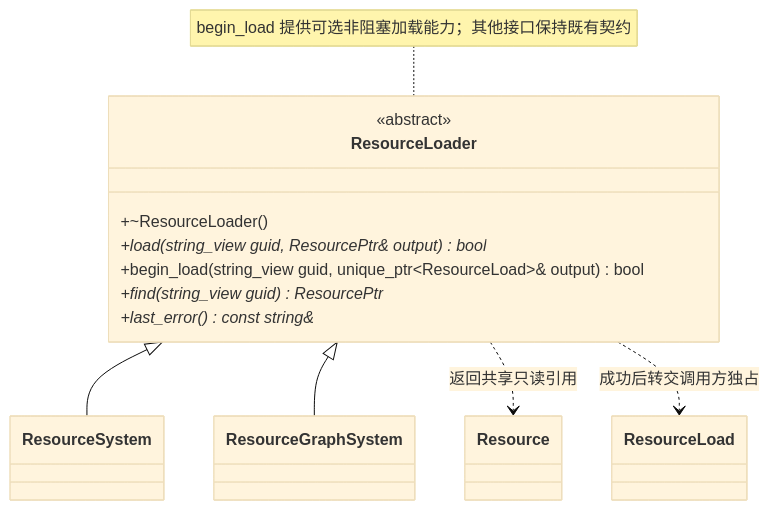
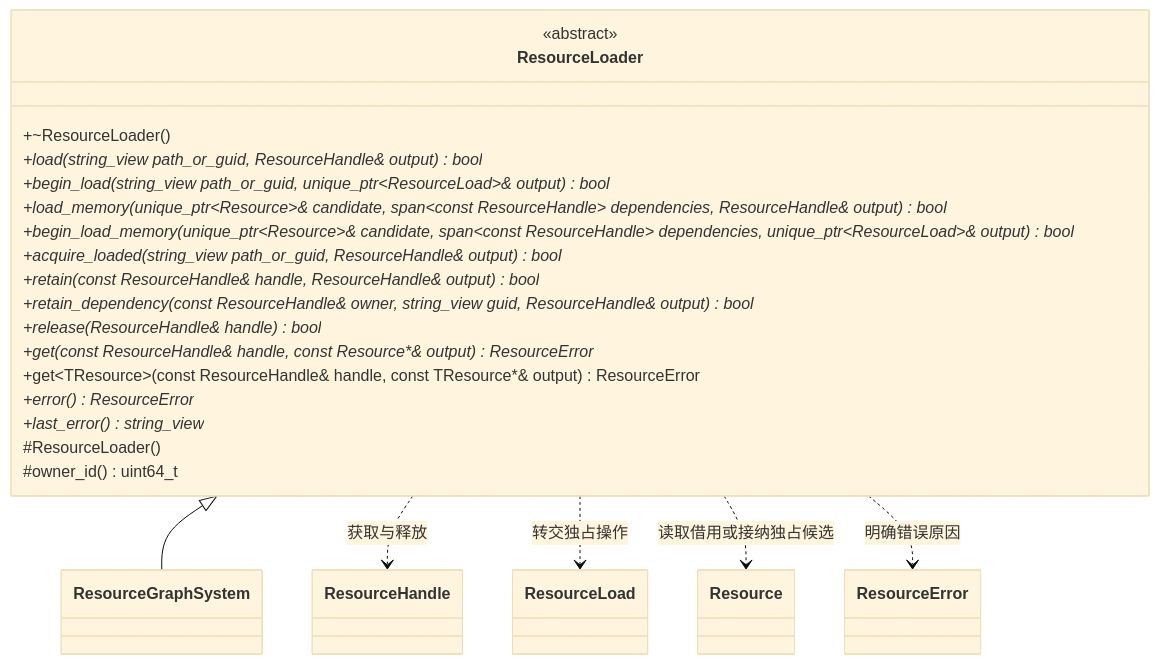
Before and after one commit to lcals/Engine: the first of 4 diagrams in docs/runtime/class-diagrams/resource-loader.md, drawn with Mermaid (base theme). The commit also changed other lines of this file and 391 other files, not shown here.

````diff
--- a/docs/runtime/class-diagrams/resource-loader.md
+++ b/docs/runtime/class-diagrams/resource-loader.md
@@ -5,20 +9,31 @@
 ```mermaid
 classDiagram
     class ResourceLoader {
         <<abstract>>
         +~ResourceLoader()
-        +load(string_view guid, ResourcePtr& output) bool*
-        +begin_load(string_view guid, unique_ptr~ResourceLoad~& output) bool
-        +find(string_view guid) ResourcePtr*
-        +last_error() const string&*
+        +load(string_view path_or_guid, ResourceHandle& output) bool*
+        +begin_load(string_view path_or_guid, unique_ptr~ResourceLoad~& output) bool*
+        +load_memory(unique_ptr~Resource~& candidate, span~const ResourceHandle~ dependencies, ResourceHandle& output) bool*
+        +begin_load_memory(unique_ptr~Resource~& candidate, span~const ResourceHandle~ dependencies, unique_ptr~ResourceLoad~& output) bool*
+        +acquire_loaded(string_view path_or_guid, ResourceHandle& output) bool*
+        +retain(const ResourceHandle& handle, ResourceHandle& output) bool*
+        +retain_dependency(const ResourceHandle& owner, string_view guid, ResourceHandle& output) bool*
+        +release(ResourceHandle& handle) bool*
+        +get(const ResourceHandle& handle, const Resource*& output) ResourceError*
+        +get~TResource~(const ResourceHandle& handle, const TResource*& output) ResourceError
+        +error() ResourceError*
+        +last_error() string_view*
+        #ResourceLoader()
+        #owner_id() uint64_t
     }
-    class ResourceSystem
     class ResourceGraphSystem
+    class ResourceHandle
+    class ResourceLoad
     class Resource
-    class ResourceLoad
-    ResourceLoader <|-- ResourceSystem
+    class ResourceError
     ResourceLoader <|-- ResourceGraphSystem
-    ResourceLoader ..> Resource : 返回共享只读引用
-    ResourceLoader ..> ResourceLoad : 成功后转交调用方独占
-    note for ResourceLoader "begin_load 提供可选非阻塞加载能力；其他接口保持既有契约"
+    ResourceLoader ..> ResourceHandle : 获取与释放
+    ResourceLoader ..> ResourceLoad : 转交独占操作
+    ResourceLoader ..> Resource : 读取借用或接纳独占候选
+    ResourceLoader ..> ResourceError : 明确错误原因
 ```
````
